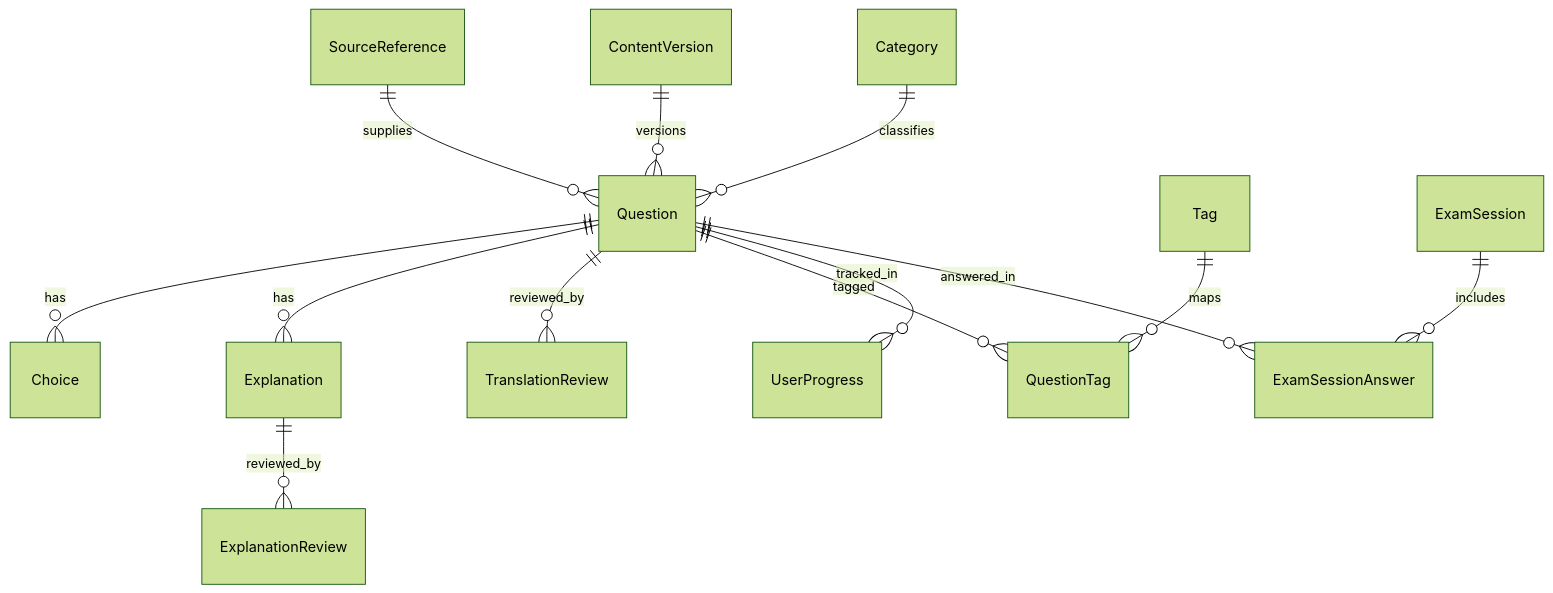
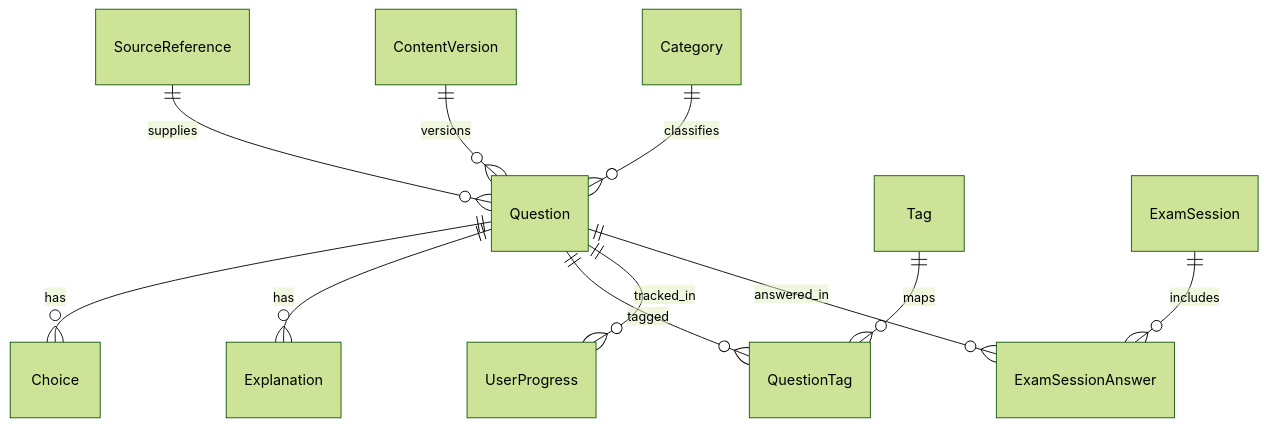
The diagram in docs/data-schema.md (waon910/PassDrive), drawn with Mermaid (forest theme) before and after one commit. The commit also changed other lines of this file and 27 other files, not shown here.

````diff
--- a/docs/data-schema.md
+++ b/docs/data-schema.md
@@ -31,15 +20,13 @@
 ```mermaid
 erDiagram
     SourceReference ||--o{ Question : supplies
     ContentVersion ||--o{ Question : versions
     Category ||--o{ Question : classifies
     Question ||--o{ Choice : has
     Question ||--o{ Explanation : has
-    Question ||--o{ TranslationReview : reviewed_by
-    Explanation ||--o{ ExplanationReview : reviewed_by
     Question ||--o{ QuestionTag : tagged
     Tag ||--o{ QuestionTag : maps
     Question ||--o{ UserProgress : tracked_in
     ExamSession ||--o{ ExamSessionAnswer : includes
     Question ||--o{ ExamSessionAnswer : answered_in
 ```
````
